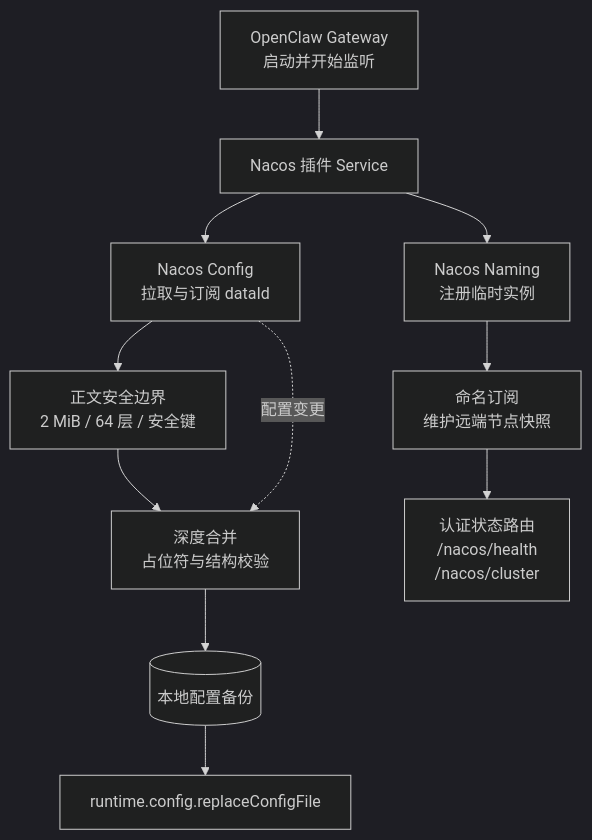
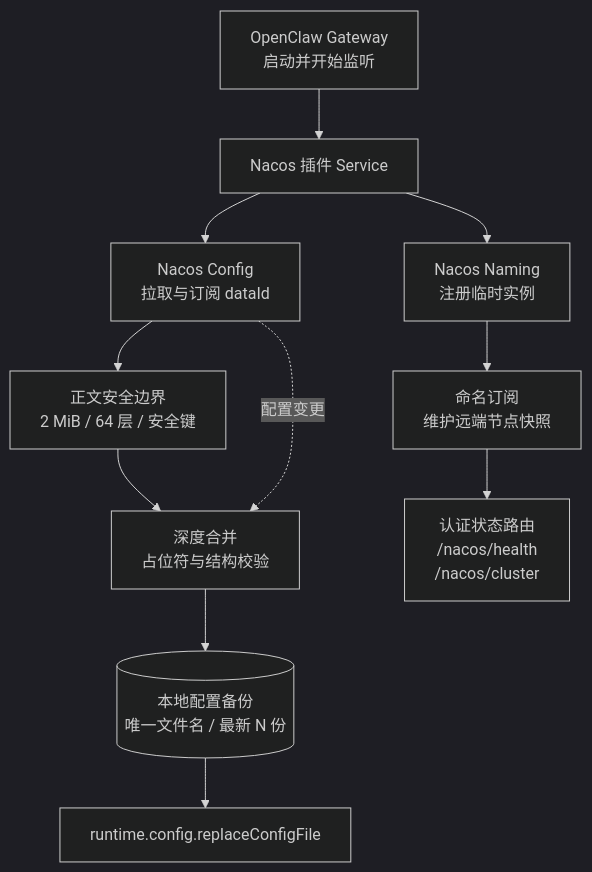
One commit to partme-ai/openclaw-plugins changed the first of 2 diagrams in extensions/nacos/README.zh-CN.md. Above: the diagram before and after it, drawn with Mermaid (dark theme). The commit also changed other lines of this file and 259 other files, not shown here.

````diff
--- a/extensions/nacos/README.zh-CN.md
+++ b/extensions/nacos/README.zh-CN.md
@@ -84,19 +141,19 @@
 ```mermaid
 flowchart TB
     Gateway["OpenClaw Gateway<br/>启动并开始监听"]
     Service["Nacos 插件 Service"]
     Naming["Nacos Naming<br/>注册临时实例"]
     Config["Nacos Config<br/>拉取与订阅 dataId"]
     Guard["正文安全边界<br/>2 MiB / 64 层 / 安全键"]
     Merge["深度合并<br/>占位符与结构校验"]
-    Backup[("本地配置备份")]
+    Backup[("本地配置备份<br/>唯一文件名 / 最新 N 份")]
     Write["runtime.config.replaceConfigFile"]
     Discovery["命名订阅<br/>维护远端节点快照"]
     Routes["认证状态路由<br/>/nacos/health<br/>/nacos/cluster"]
 
     Gateway --> Service
     Service --> Naming
     Service --> Config --> Guard --> Merge --> Backup --> Write
     Naming --> Discovery --> Routes
     Config -. "配置变更" .-> Merge
 ```
````
